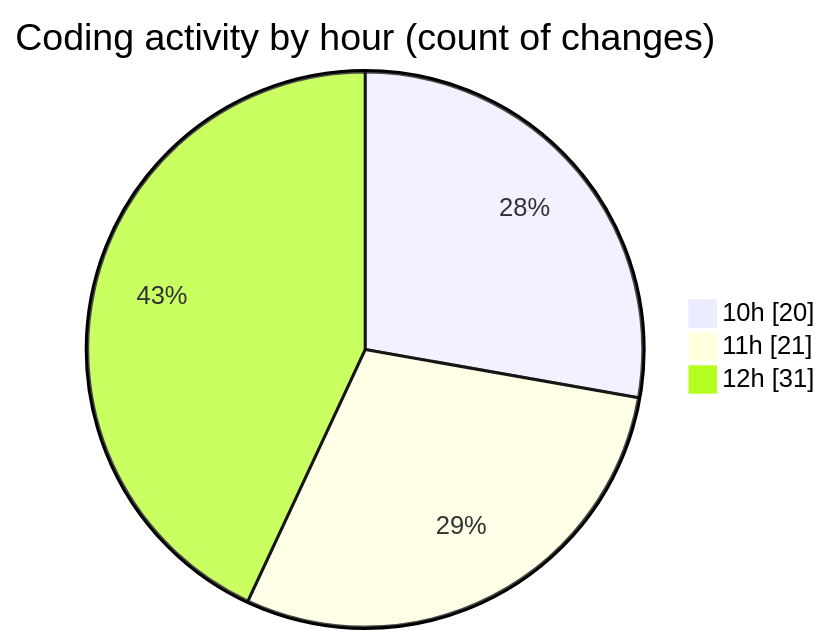
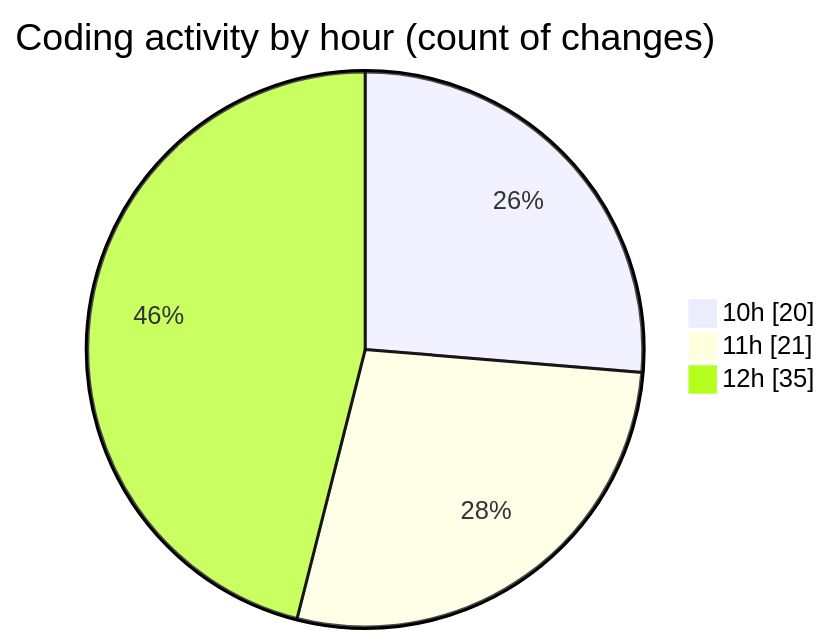
Before and after one commit to momahboobian/code-tracking: the second of 2 diagrams in 2025-05-20/cda/README.md, drawn with Mermaid. The commit also changed other lines of this file and 1 other file, not shown here.

````diff
--- a/2025-05-20/cda/README.md
+++ b/2025-05-20/cda/README.md
@@ -42,7 +42,7 @@
 ```mermaid
 pie showData
 title Coding activity by hour (count of changes)
 "10h" : 20
 "11h" : 21
-"12h" : 31
+"12h" : 35
 ```
````
